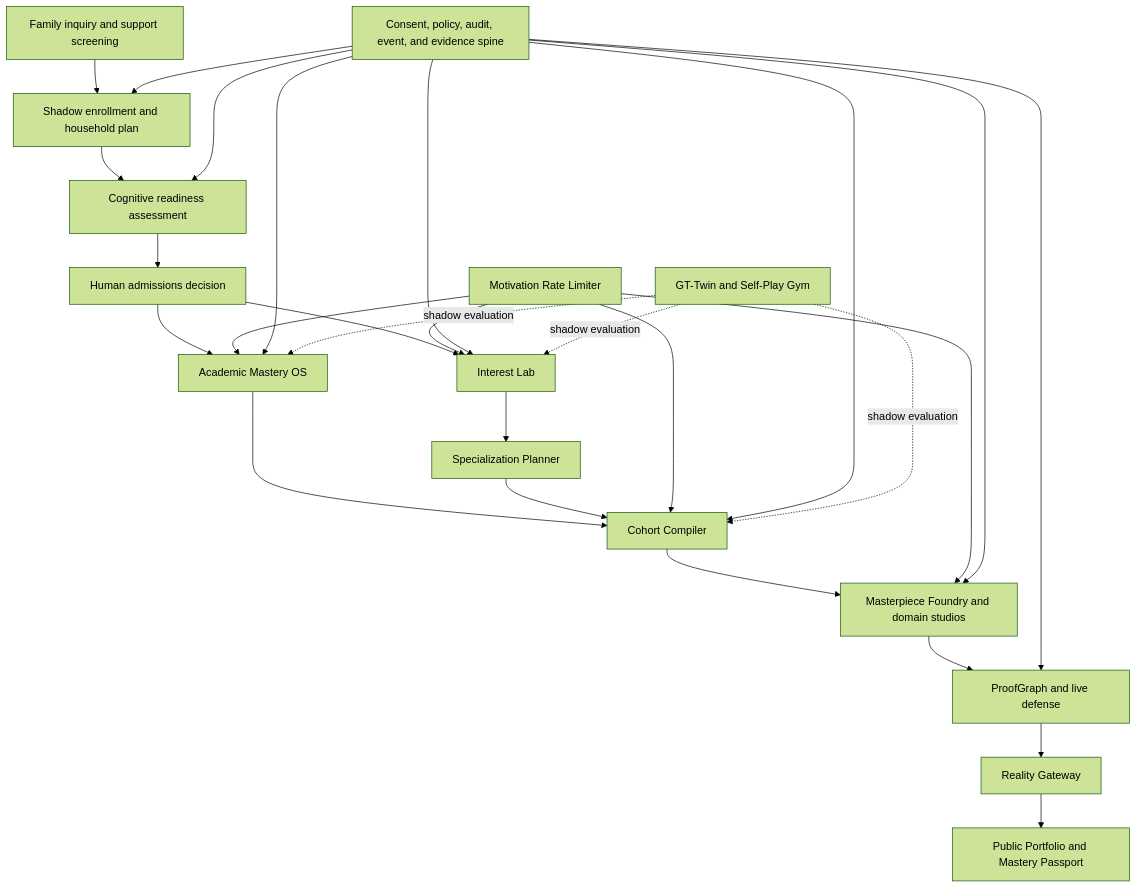
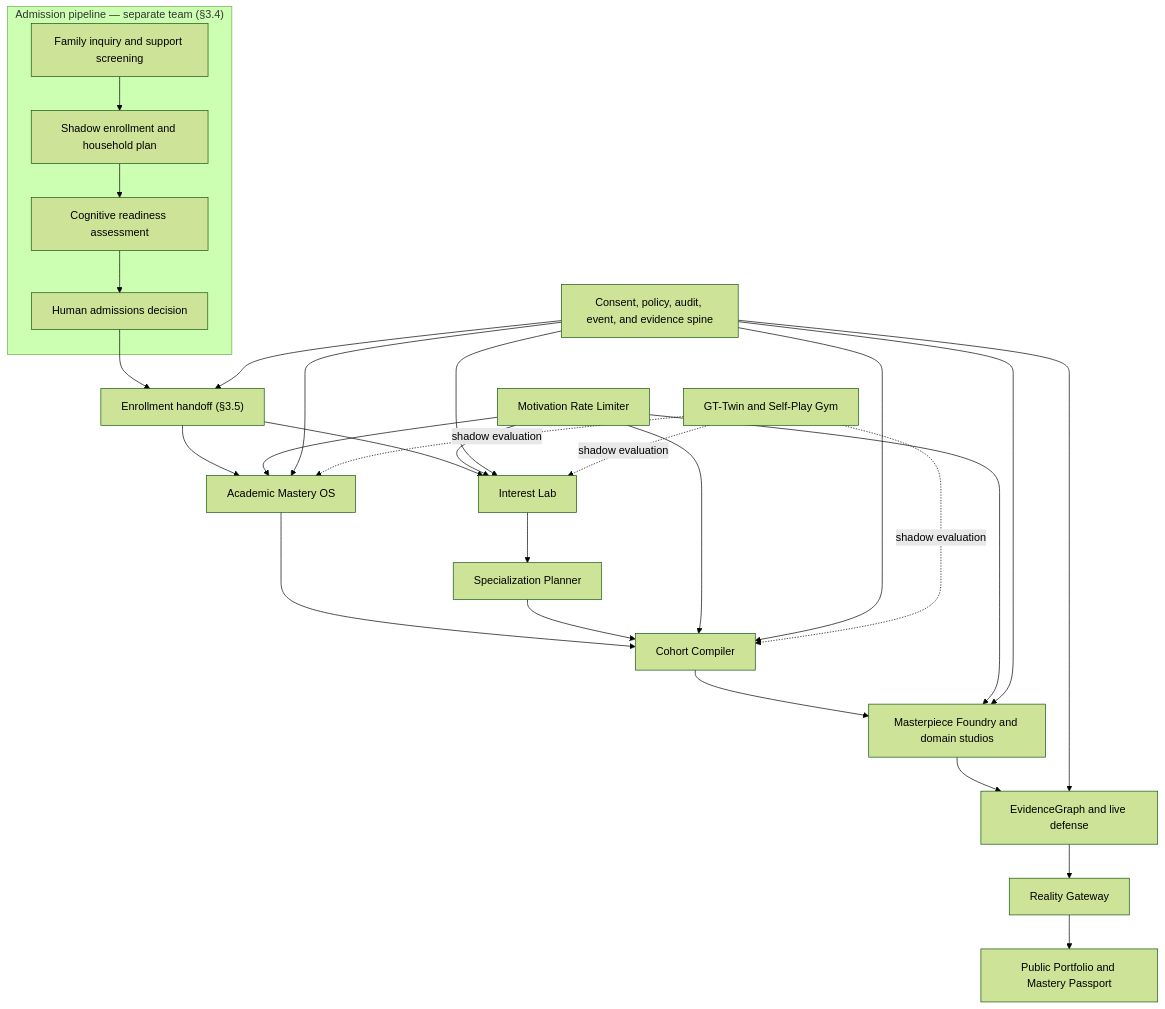
One commit to spinkicks/gt100k changed the first of 4 diagrams in PRD.md. Above: the diagram before and after it, drawn with Mermaid (forest theme). The commit also changed other lines of this file, not shown here.

First line of the commit message:
PRD v1.2 review: incorporate notes, carve out admissions, resolve contradictions (#10)

````diff
--- a/PRD.md
+++ b/PRD.md
@@ -238,29 +297,31 @@
 ```mermaid
 flowchart TD
-    A["Family inquiry and support screening"] --> B["Shadow enrollment and household plan"]
-    B --> C["Cognitive readiness assessment"]
-    C --> D["Human admissions decision"]
-    D --> E["Academic Mastery OS"]
-    D --> F["Interest Lab"]
+    subgraph ADM["Admission pipeline — separate team (§3.4)"]
+      A["Family inquiry and support screening"] --> B["Shadow enrollment and household plan"]
+      B --> C["Cognitive readiness assessment"]
+      C --> D["Human admissions decision"]
+    end
+    D --> HO["Enrollment handoff (§3.5)"]
+    HO --> E["Academic Mastery OS"]
+    HO --> F["Interest Lab"]
     F --> G["Specialization Planner"]
     E --> H["Cohort Compiler"]
     G --> H
     H --> I["Masterpiece Foundry and domain studios"]
-    I --> J["ProofGraph and live defense"]
+    I --> J["EvidenceGraph and live defense"]
     J --> K["Reality Gateway"]
     K --> L["Public Portfolio and Mastery Passport"]
     M["Motivation Rate Limiter"] --> E
     M --> F
     M --> H
     M --> I
-    N["Consent, policy, audit, event, and evidence spine"] --> B
-    N --> C
+    N["Consent, policy, audit, event, and evidence spine"] --> HO
     N --> E
     N --> F
     N --> H
     N --> I
     N --> J
     O["GT-Twin and Self-Play Gym"] -. shadow evaluation .-> E
     O -. shadow evaluation .-> F
     O -. shadow evaluation .-> H
 ```
````
